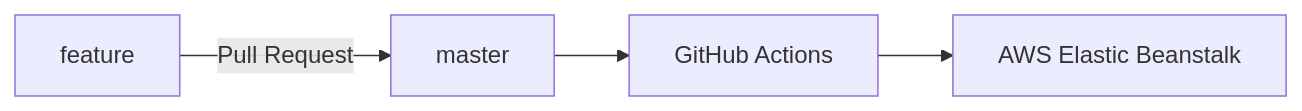
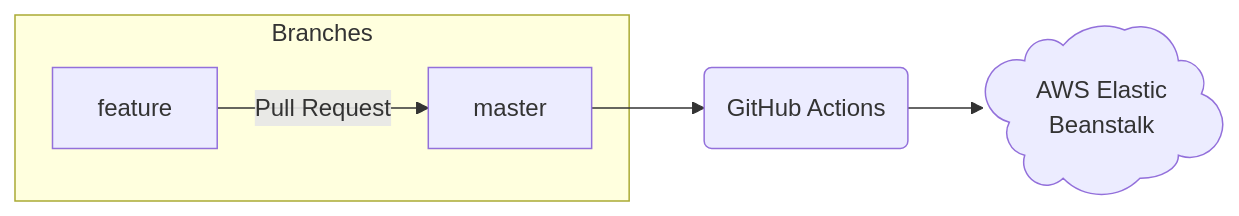
The second of 4 diagrams in README.md (sfdeloach/docker), drawn with Mermaid before and after one commit. The commit also changed other lines of this file, not shown here.

````diff
--- a/README.md
+++ b/README.md
@@ -180,4 +180,7 @@
 ```mermaid
 flowchart LR
-    feature --Pull Request--> master --> GitHub[GitHub Actions] --> AWS[AWS Elastic Beanstalk]
+    subgraph "Branches"
+        feature --Pull Request--> master
+    end
+    master--> GitHub(GitHub Actions) --> AWS@{ shape: cloud, label: "AWS Elastic\nBeanstalk"}
 ```
````
